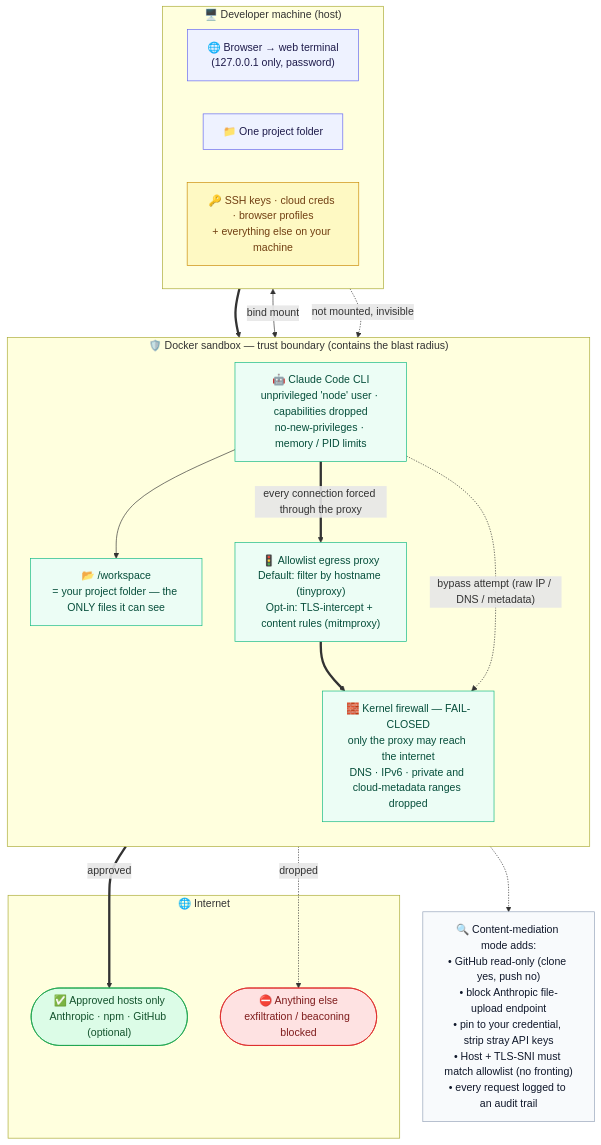
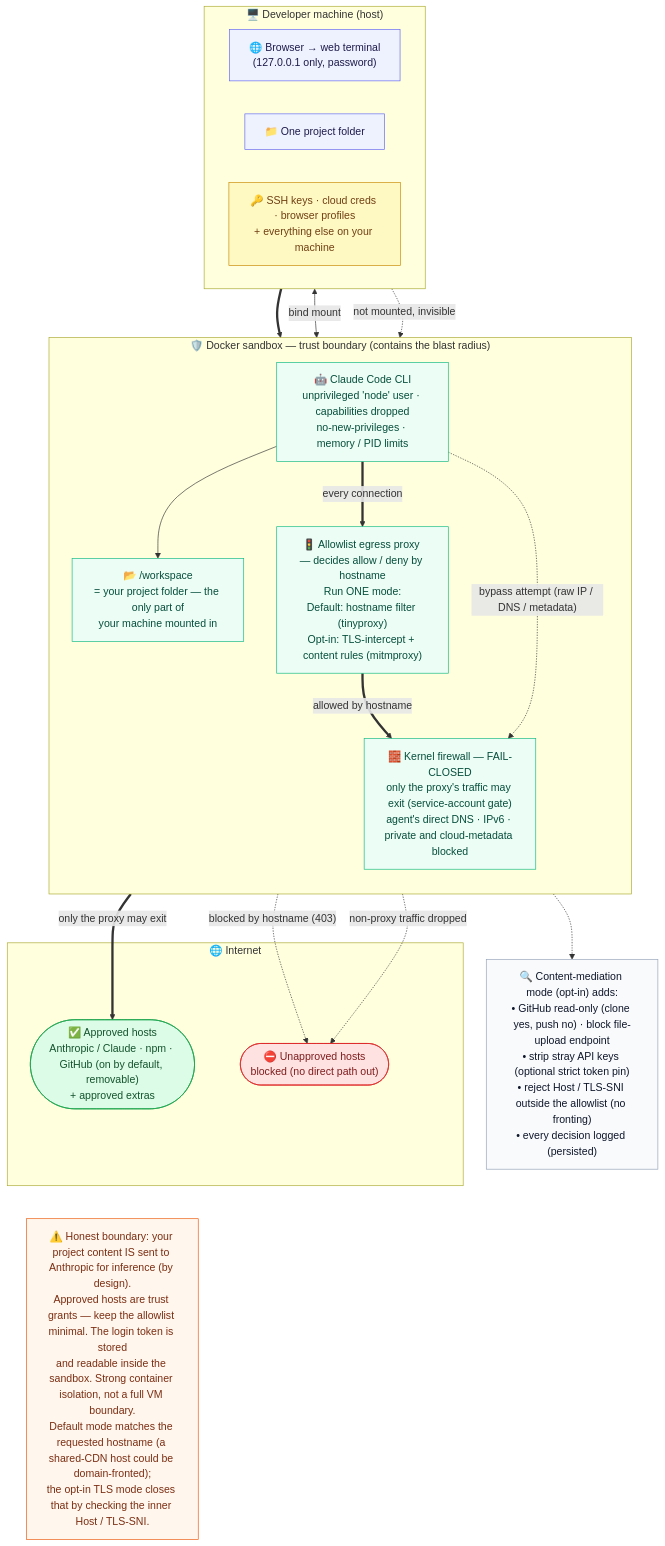
The diagram in docs/architecture/README.md (maximalfocus/coding-agent-sandbox), drawn with Mermaid before and after one commit. The commit also changed other lines of this file and 3 other files, not shown here.

First line of the commit message:
docs: peer-reviewed accuracy pass on the architecture diagram

````diff
--- a/docs/architecture/README.md
+++ b/docs/architecture/README.md
@@ -44,49 +53,55 @@
 ```mermaid
 flowchart TB
   subgraph HOST["🖥️ Developer machine (host)"]
     direction LR
     BROWSER["🌐 Browser → web terminal<br/>(127.0.0.1 only, password)"]
     PROJ["📁 One project folder"]
     SECRETS["🔑 SSH keys · cloud creds · browser profiles<br/>+ everything else on your machine"]
   end
 
   subgraph BOX["🛡️ Docker sandbox — trust boundary (contains the blast radius)"]
     direction TB
     AGENT["🤖 Claude Code CLI<br/>unprivileged 'node' user · capabilities dropped<br/>no-new-privileges · memory / PID limits"]
-    WS["📂 /workspace<br/>= your project folder — the ONLY files it can see"]
-    PROXY["🚦 Allowlist egress proxy<br/>Default: filter by hostname (tinyproxy)<br/>Opt-in: TLS-intercept + content rules (mitmproxy)"]
-    FW["🧱 Kernel firewall — FAIL-CLOSED<br/>only the proxy may reach the internet<br/>DNS · IPv6 · private and cloud-metadata ranges dropped"]
+    WS["📂 /workspace<br/>= your project folder — the only part of<br/>your machine mounted in"]
+    PROXY["🚦 Allowlist egress proxy — decides allow / deny by hostname<br/>Run ONE mode:<br/>Default: hostname filter (tinyproxy)<br/>Opt-in: TLS-intercept + content rules (mitmproxy)"]
+    FW["🧱 Kernel firewall — FAIL-CLOSED<br/>only the proxy's traffic may exit (service-account gate)<br/>agent's direct DNS · IPv6 · private and cloud-metadata blocked"]
   end
 
   subgraph NET["🌐 Internet"]
-    ALLOW(["✅ Approved hosts only<br/>Anthropic · npm · GitHub (optional)"])
-    BLOCK(["⛔ Anything else<br/>exfiltration / beaconing blocked"])
+    ALLOW(["✅ Approved hosts<br/>Anthropic / Claude · npm · GitHub (on by default, removable)<br/>+ approved extras"])
+    BLOCK(["⛔ Unapproved hosts<br/>blocked (no direct path out)"])
   end
 
   BROWSER ==> AGENT
   PROJ <-->|bind mount| WS
   SECRETS -. "not mounted, invisible" .-> BOX
   AGENT --> WS
-  AGENT ==>|every connection forced through the proxy| PROXY
-  PROXY ==> FW
-  FW ==>|approved| ALLOW
-  FW -. dropped .-> BLOCK
+  AGENT ==>|every connection| PROXY
+  PROXY ==>|allowed by hostname| FW
+  PROXY -. "blocked by hostname (403)" .-> BLOCK
+  FW ==>|only the proxy may exit| ALLOW
+  FW -. "non-proxy traffic dropped" .-> BLOCK
   AGENT -. "bypass attempt (raw IP / DNS / metadata)" .-> FW
 
-  RULES["🔍 Content-mediation mode adds:<br/>• GitHub read-only (clone yes, push no)<br/>• block Anthropic file-upload endpoint<br/>• pin to your credential, strip stray API keys<br/>• Host + TLS-SNI must match allowlist (no fronting)<br/>• every request logged to an audit trail"]
+  RULES["🔍 Content-mediation mode (opt-in) adds:<br/>• GitHub read-only (clone yes, push no) · block file-upload endpoint<br/>• strip stray API keys (optional strict token pin)<br/>• reject Host / TLS-SNI outside the allowlist (no fronting)<br/>• every decision logged (persisted)"]
   PROXY -.-> RULES
+
+  NOTE["⚠️ Honest boundary: your project content IS sent to Anthropic for inference (by design).<br/>Approved hosts are trust grants — keep the allowlist minimal. The login token is stored<br/>and readable inside the sandbox. Strong container isolation, not a full VM boundary.<br/>Default mode matches the requested hostname (a shared-CDN host could be domain-fronted);<br/>the opt-in TLS mode closes that by checking the inner Host / TLS-SNI."]
+  ALLOW ~~~ NOTE
 
   classDef host fill:#eef2ff,stroke:#6366f1,color:#1e1b4b;
   classDef secret fill:#fef9c3,stroke:#ca8a04,color:#713f12;
   classDef boxn fill:#ecfdf5,stroke:#10b981,color:#064e3b;
   classDef allow fill:#dcfce7,stroke:#16a34a,color:#14532d;
   classDef block fill:#fee2e2,stroke:#dc2626,color:#7f1d1d;
   classDef notes fill:#f8fafc,stroke:#94a3b8,color:#0f172a;
+  classDef warn fill:#fff7ed,stroke:#ea580c,color:#7c2d12;
 
   class BROWSER,PROJ host;
   class SECRETS secret;
   class AGENT,WS,PROXY,FW boxn;
   class ALLOW allow;
   class BLOCK block;
   class RULES notes;
+  class NOTE warn;
 ```
````
